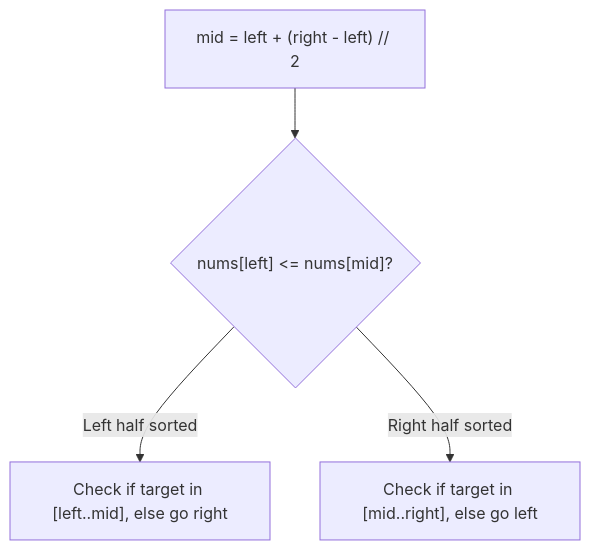
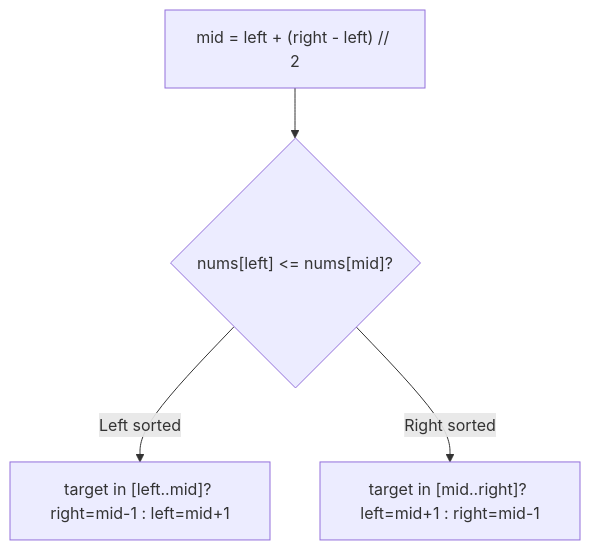
Before and after one commit to SanjayR857/All-in-One-Notes: the diagram in grokking-coding-interview/09-modified-binary-search.md, drawn with Mermaid. The commit also changed other lines of this file and 22 other files, not shown here.

````diff
--- a/grokking-coding-interview/09-modified-binary-search.md
+++ b/grokking-coding-interview/09-modified-binary-search.md
@@ -21,6 +20,6 @@
 ```mermaid
 flowchart TD
     Mid["mid = left + (right - left) // 2"] --> Check{"nums[left] <= nums[mid]?"}
-    Check -- "Left half sorted" --> L["Check if target in [left..mid], else go right"]
-    Check -- "Right half sorted" --> R["Check if target in [mid..right], else go left"]
+    Check -- "Left sorted" --> L["target in [left..mid]? right=mid-1 : left=mid+1"]
+    Check -- "Right sorted" --> R["target in [mid..right]? left=mid+1 : right=mid-1"]
 ```
````
